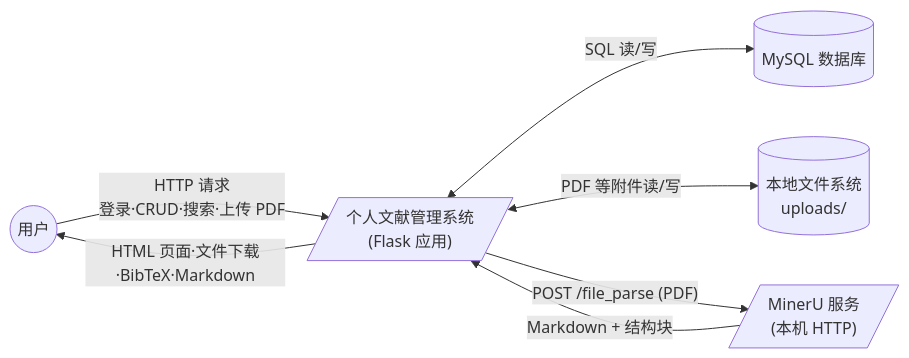
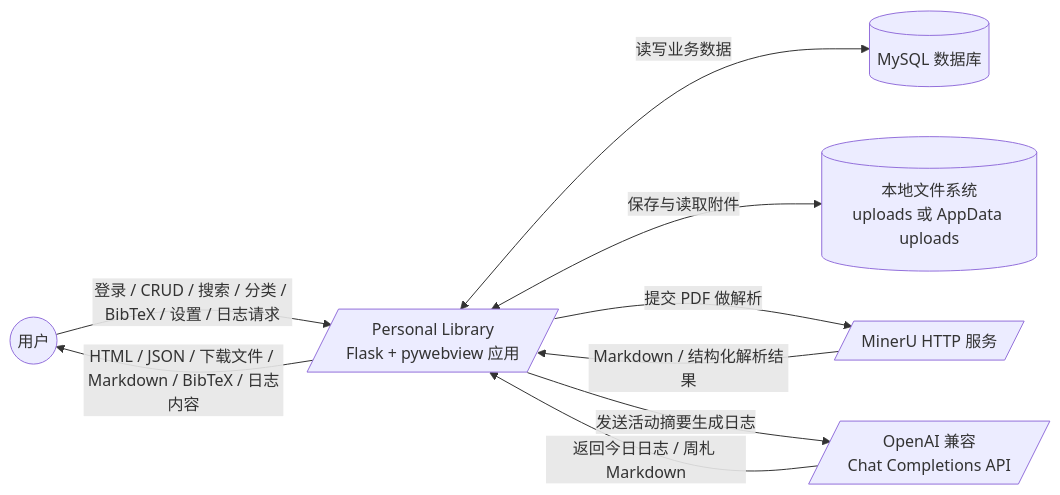
One commit to fishine-cmd/Personal_Library changed the second of 7 diagrams in docs/diagrams.md. Above: the diagram before and after it, drawn with Mermaid. The commit also changed other lines of this file and 1 other file, not shown here.

Commit message:
docs: update README and diagrams

````diff
--- a/docs/diagrams.md
+++ b/docs/diagrams.md
@@ -174,15 +298,19 @@
 ```mermaid
 flowchart LR
     User((用户))
-    System[/"个人文献管理系统<br/>(Flask 应用)"/]
+    System[/"Personal Library<br/>Flask + pywebview 应用"/]
     DB[("MySQL 数据库")]
-    FS[("本地文件系统<br/>uploads/")]
-    MinerU[/"MinerU 服务<br/>(本机 HTTP)"/]
+    FS[("本地文件系统<br/>uploads 或 AppData uploads")]
+    MinerU[/"MinerU HTTP 服务"/]
+    AI[/"OpenAI 兼容<br/>Chat Completions API"/]
 
-    User -- "HTTP 请求<br/>登录·CRUD·搜索·上传 PDF" --> System
-    System -- "HTML 页面·文件下载·BibTeX·Markdown" --> User
-    System <-- "SQL 读/写" --> DB
-    System <-- "PDF 等附件读/写" --> FS
-    System -- "POST /file_parse (PDF)" --> MinerU
-    MinerU -- "Markdown + 结构块" --> System
+    User -- "登录 / CRUD / 搜索 / 分类 / BibTeX / 设置 / 日志请求" --> System
+    System -- "HTML / JSON / 下载文件 / Markdown / BibTeX / 日志内容" --> User
+
+    System <-- "读写业务数据" --> DB
+    System <-- "保存与读取附件" --> FS
+    System -- "提交 PDF 做解析" --> MinerU
+    MinerU -- "Markdown / 结构化解析结果" --> System
+    System -- "发送活动摘要生成日志" --> AI
+    AI -- "返回今日日志 / 周札 Markdown" --> System
 ```
````
